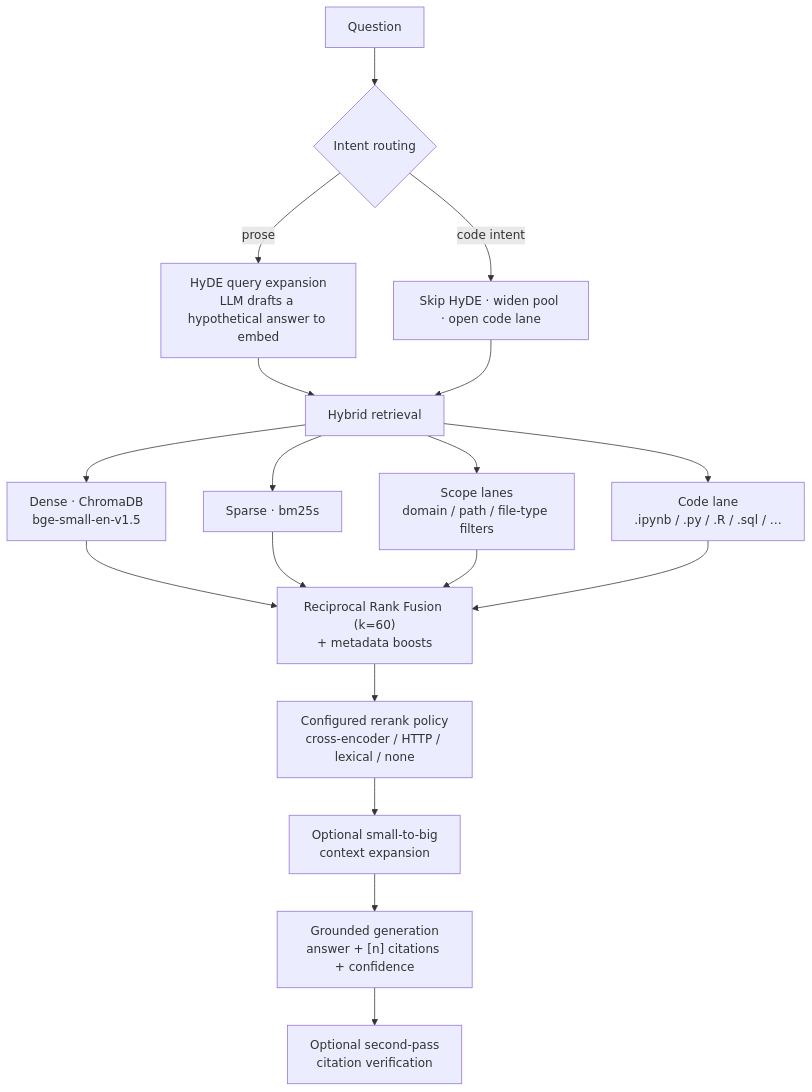
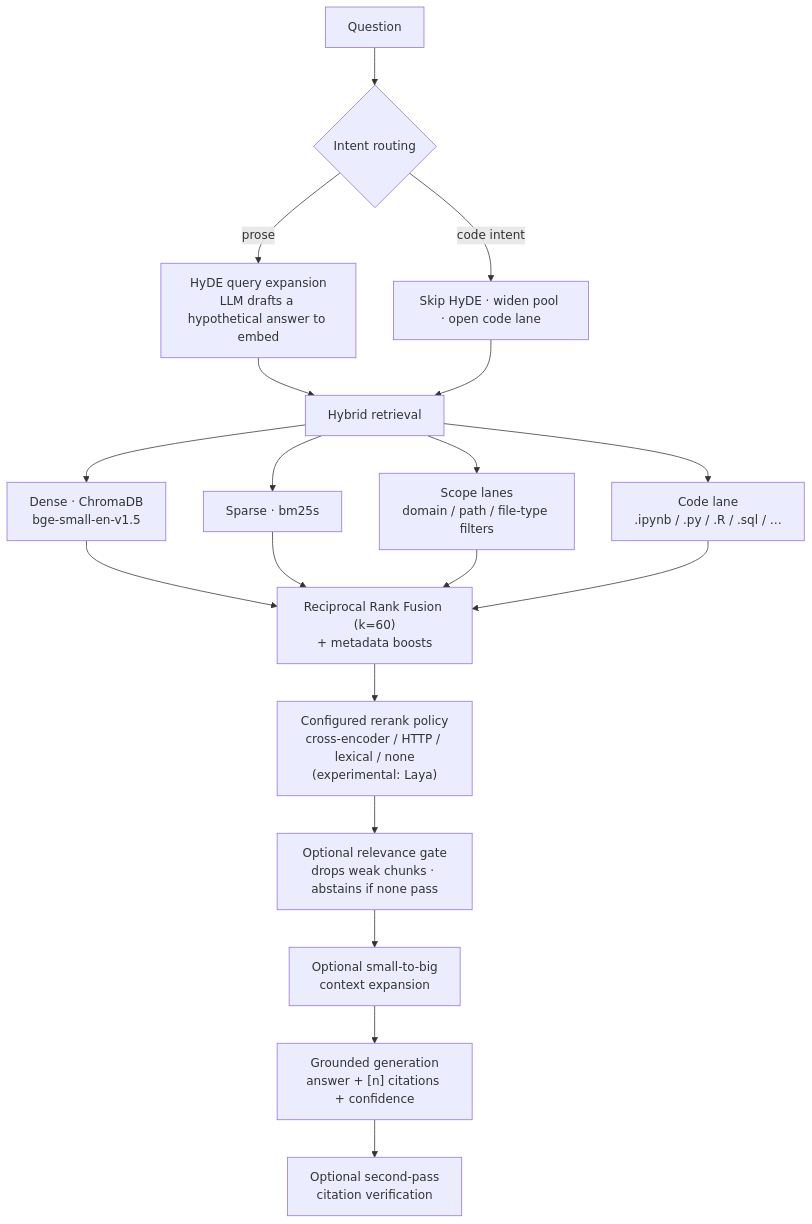
The diagram in docs/architecture.md (AlbertHakobyan070/Advanced-Obsidian-RAG), drawn with Mermaid before and after one commit. The commit also changed other lines of this file and 112 other files, not shown here.

First line of the commit message:
Ship the eval bench, an experimental relevance gate and Laya reranker, and swappable embeddings

````diff
--- a/docs/architecture.md
+++ b/docs/architecture.md
@@ -9,20 +9,21 @@
 ```mermaid
 flowchart TD
     Q["Question"] --> R{Intent routing}
     R -->|prose| H["HyDE query expansion<br/>LLM drafts a hypothetical answer to embed"]
     R -->|code intent| C0["Skip HyDE · widen pool · open code lane"]
     H --> HY["Hybrid retrieval"]
     C0 --> HY
     HY --> D["Dense · ChromaDB<br/>bge-small-en-v1.5"]
     HY --> S["Sparse · bm25s"]
     HY --> SL["Scope lanes<br/>domain / path / file-type filters"]
     HY --> CL["Code lane<br/>.ipynb / .py / .R / .sql / …"]
     D --> RRF["Reciprocal Rank Fusion (k=60)<br/>+ metadata boosts"]
     S --> RRF
     SL --> RRF
     CL --> RRF
-    RRF --> RR["Configured rerank policy<br/>cross-encoder / HTTP / lexical / none"]
-    RR --> EX["Optional small-to-big<br/>context expansion"]
+    RRF --> RR["Configured rerank policy<br/>cross-encoder / HTTP / lexical / none<br/>(experimental: Laya)"]
+    RR --> GT["Optional relevance gate<br/>drops weak chunks · abstains if none pass"]
+    GT --> EX["Optional small-to-big<br/>context expansion"]
     EX --> G["Grounded generation<br/>answer + [n] citations + confidence"]
     G --> V["Optional second-pass<br/>citation verification"]
 ```
````
